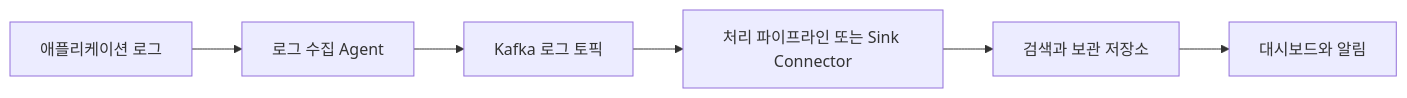
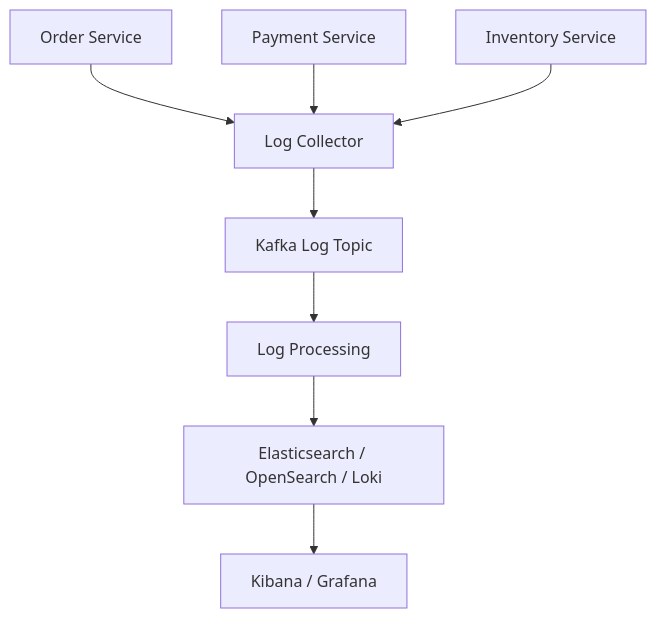
Before and after one commit to ysiksik/ysiksik.github.io: the tenth of 16 diagrams in _posts/study/smart-learning-ent/kafka-development-strategy-for-beginners/2026-11-02-learn-about-practical-use-cases-for-microservices.md, drawn with Mermaid. The commit also changed other lines of this file and 7 other files, not shown here.

````diff
--- a/_posts/study/smart-learning-ent/kafka-development-strategy-for-beginners/2026-11-02-learn-about-practical-use-cases-for-microservices.md
+++ b/_posts/study/smart-learning-ent/kafka-development-strategy-for-beginners/2026-11-02-learn-about-practical-use-cases-for-microservices.md
@@ -315,8 +1444,27 @@
 ```mermaid
-flowchart LR
-    A["애플리케이션 로그"] --> B["로그 수집 Agent"]
-    B --> C["Kafka 로그 토픽"]
-    C --> D["처리 파이프라인 또는 Sink Connector"]
-    D --> E["검색과 보관 저장소"]
-    E --> F["대시보드와 알림"]
+flowchart TD
+    A["Order Service"]
+    B["Payment Service"]
+    C["Inventory Service"]
+
+    D["Log Collector"]
+
+    E["Kafka Log Topic"]
+
+    F["Log Processing"]
+
+    G["Elasticsearch / OpenSearch / Loki"]
+
+    H["Kibana / Grafana"]
+
+    A --> D
+    B --> D
+    C --> D
+
+    D --> E
+
+    E --> F
+    F --> G
+
+    G --> H
 ```
````
